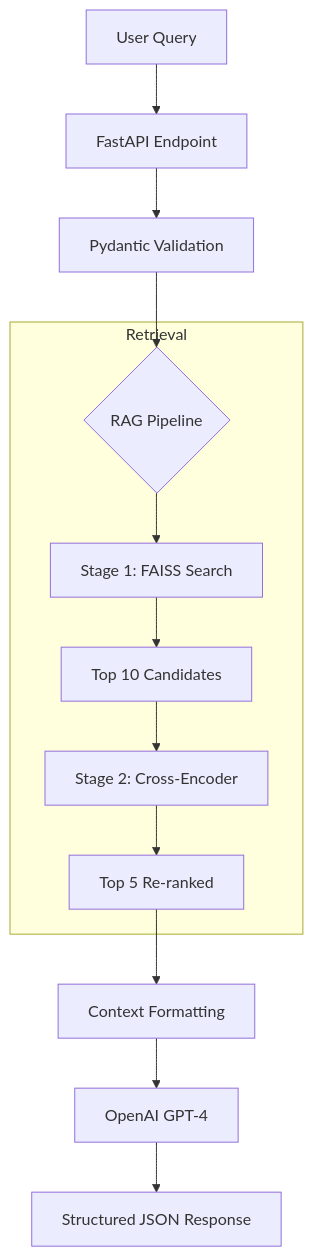
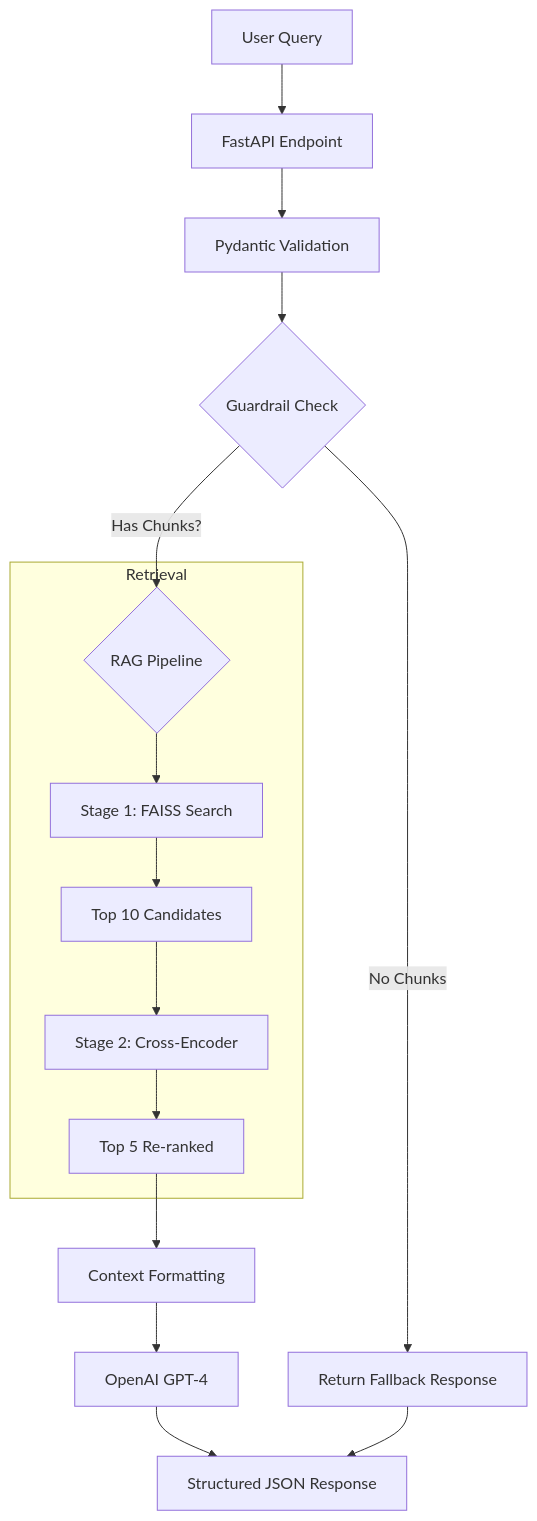
The diagram in README.md (shaheerkhan00/tucows-interview-exercise-ai), drawn with Mermaid before and after one commit. The commit also changed other lines of this file and 3 other files, not shown here.

````diff
--- a/README.md
+++ b/README.md
@@ -126,17 +346,20 @@
 ```mermaid
 graph TD
     User[User Query] --> API[FastAPI Endpoint]
     API --> Validate[Pydantic Validation]
-    Validate --> RAG{RAG Pipeline}
+    Validate --> Guard{Guardrail Check}
+    Guard -->|Has Chunks?| RAG{RAG Pipeline}
+    Guard -->|No Chunks| Fallback[Return Fallback Response]
 
     subgraph Retrieval
     RAG --> FAISS[Stage 1: FAISS Search]
     FAISS --> Top10[Top 10 Candidates]
     Top10 --> Cross[Stage 2: Cross-Encoder]
     Cross --> Top5[Top 5 Re-ranked]
     end
 
     Top5 --> Context[Context Formatting]
     Context --> LLM[OpenAI GPT-4]
     LLM --> JSON[Structured JSON Response]
+    Fallback --> JSON
 ```
````
